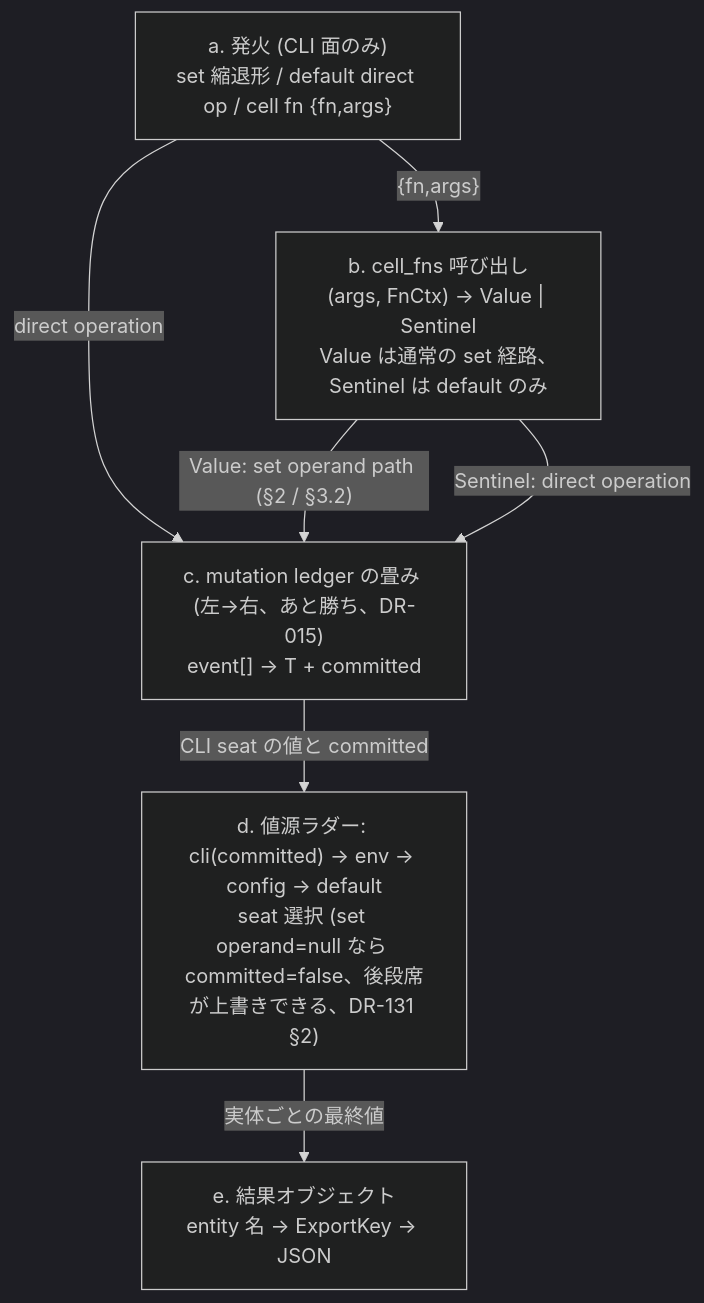
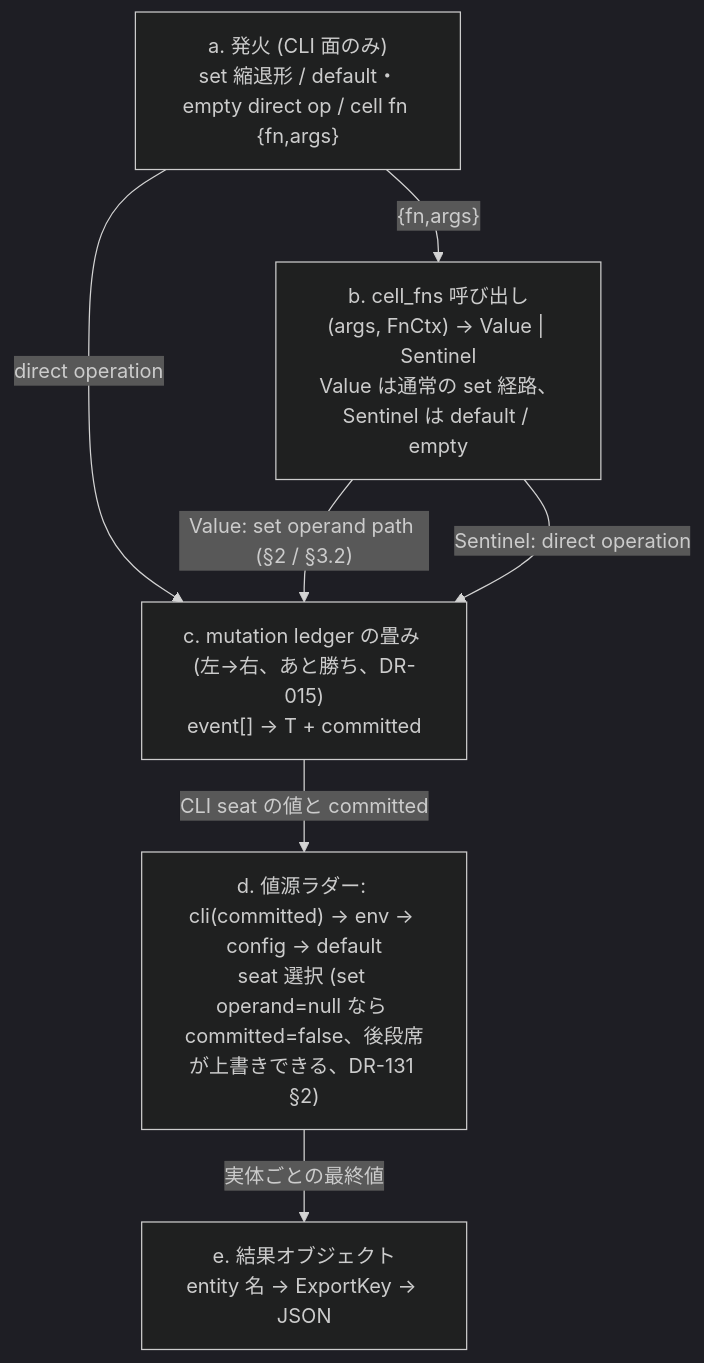
One commit to kawaz/kuu changed the first of 2 diagrams in docs/PIPELINE.md. Above: the diagram before and after it, drawn with Mermaid (dark theme). The commit also changed other lines of this file and 12 other files, not shown here.

Commit message:
docs: empty を Sentinel cell fn へ差し戻す

````diff
--- a/docs/PIPELINE.md
+++ b/docs/PIPELINE.md
@@ -36,14 +36,14 @@
 ```mermaid
 flowchart TD
-  A["a. 発火 (CLI 面のみ)<br/>set 縮退形 / default direct op / cell fn {fn,args}"]
-  F["b. cell_fns 呼び出し<br/>(args, FnCtx) → Value | Sentinel<br/>Value は通常の set 経路、Sentinel は default のみ"]
+  A["a. 発火 (CLI 面のみ)<br/>set 縮退形 / default・empty direct op / cell fn {fn,args}"]
+  F["b. cell_fns 呼び出し<br/>(args, FnCtx) → Value | Sentinel<br/>Value は通常の set 経路、Sentinel は default / empty"]
   B["c. mutation ledger の畳み (左→右、あと勝ち、DR-015)<br/>event[] → T + committed"]
   C["d. 値源ラダー: cli(committed) → env → config → default<br/>seat 選択 (set operand=null なら committed=false、後段席が上書きできる、DR-131 §2)"]
   D["e. 結果オブジェクト<br/>entity 名 → ExportKey → JSON"]
   A -- "direct operation" --> B
   A -- "{fn,args}" --> F
   F -- "Value: set operand path (§2 / §3.2)" --> B
   F -- "Sentinel: direct operation" --> B
   B -- "CLI seat の値と committed" --> C
   C -- "実体ごとの最終値" --> D
 ```
````
